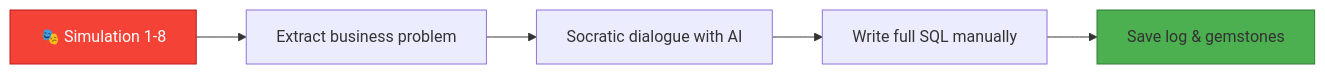
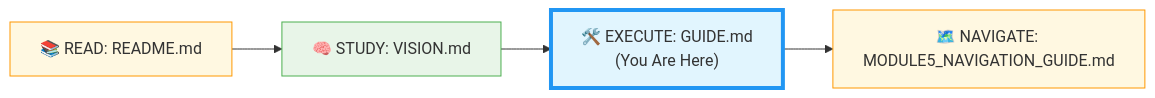
The third of 3 diagrams in Level-1-beginner/Module5-GenAI-Walkthrough/MODULE5_GUIDE.md (uniqueumamaheswari-universe/SQLVerse), drawn with Mermaid before and after one commit. The commit also changed other lines of this file and 1 other file, not shown here.

````diff
--- a/Level-1-beginner/Module5-GenAI-Walkthrough/MODULE5_GUIDE.md
+++ b/Level-1-beginner/Module5-GenAI-Walkthrough/MODULE5_GUIDE.md
@@ -124,10 +309,12 @@
 ```mermaid
 flowchart LR
-    A["🎭 Simulation 1-8"] --> B["Extract business problem"]
-    B --> C["Socratic dialogue with AI"]
-    C --> D["Write full SQL manually"]
-    D --> E["Save log & gemstones"]
+    Link1["📚 READ: README.md"] --> 
+    Link2["🧠 STUDY: VISION.md"] --> 
+    Link3["🛠️ EXECUTE: GUIDE.md<br/>(You Are Here)"] -->
+    Link4["🗺️ NAVIGATE: MODULE5_NAVIGATION_GUIDE.md"]
     
-    style A fill:#f44336,stroke:#b71c1c,color:white
-    style E fill:#4caf50,stroke:#2e7d32
+    style Link1 fill:#fff8e1,stroke:#ff9800
+    style Link2 fill:#e8f5e8,stroke:#4caf50
+    style Link3 fill:#e1f5fe,stroke:#2196f3,stroke-width:4px
+    style Link4 fill:#fff8e1,stroke:#ff9800
 ```
````
